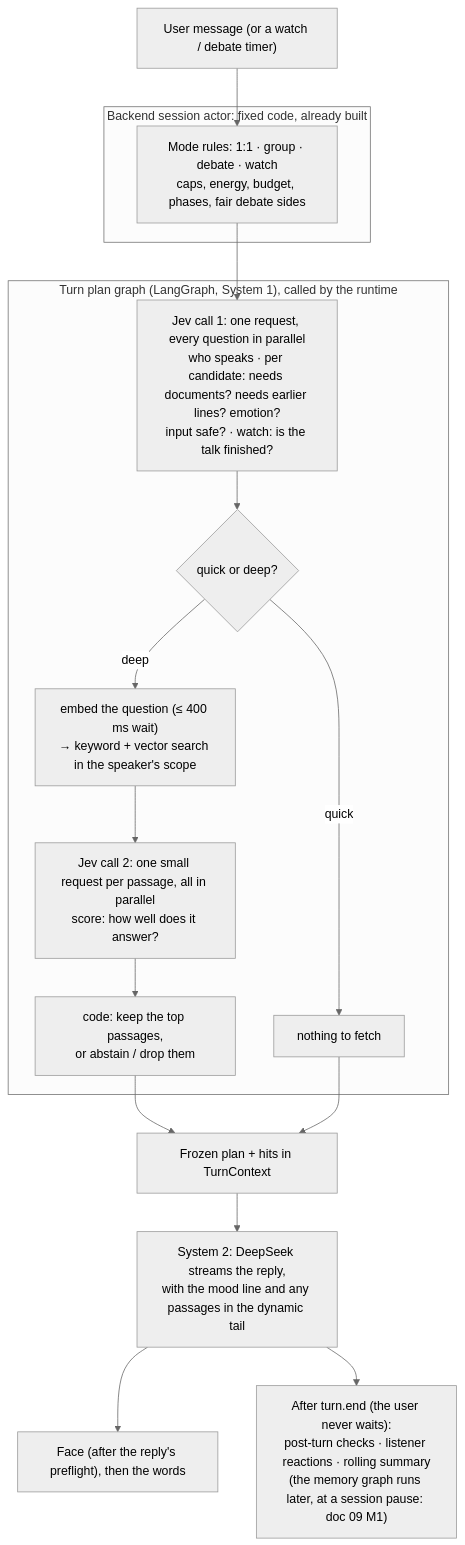
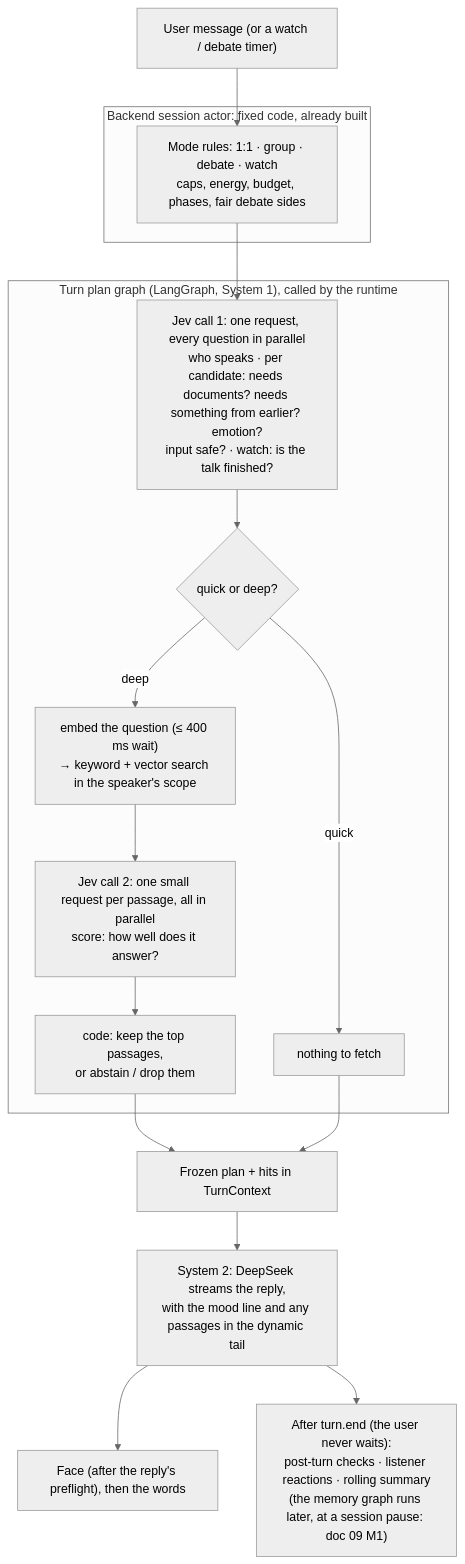
The diagram in docs/ai/01-agent-architecture.md (weihang369/Horizon), drawn with Mermaid (neutral theme) before and after one commit. The commit also changed other lines of this file and 6 other files, not shown here.

````diff
--- a/docs/ai/01-agent-architecture.md
+++ b/docs/ai/01-agent-architecture.md
@@ -89,21 +89,21 @@
 ```mermaid
 flowchart TD
     U["User message (or a watch / debate timer)"] --> A
     subgraph BACKEND["Backend session actor: fixed code, already built"]
         A["Mode rules: 1:1 · group · debate · watch<br/>caps, energy, budget, phases, fair debate sides"]
     end
     A --> P1
     subgraph PLAN["Turn plan graph (LangGraph, System 1), called by the runtime"]
-        P1["Jev call 1: one request, every question in parallel<br/>who speaks · per candidate: needs documents? needs earlier lines? emotion?<br/>input safe? · watch: is the talk finished?"]
+        P1["Jev call 1: one request, every question in parallel<br/>who speaks · per candidate: needs documents? needs something from earlier? emotion?<br/>input safe? · watch: is the talk finished?"]
         P1 --> G{"quick or deep?"}
         G -->|deep| E["embed the question (≤ 400 ms wait)<br/>→ keyword + vector search in the speaker's scope"]
         E --> J2["Jev call 2: one small request per passage, all in parallel<br/>score: how well does it answer?"]
         J2 --> C["code: keep the top passages,<br/>or abstain / drop them"]
         G -->|quick| F["nothing to fetch"]
     end
     C --> R
     F --> R
     R["Frozen plan + hits in TurnContext"] --> DS["System 2: DeepSeek streams the reply,<br/>with the mood line and any passages in the dynamic tail"]
     DS --> SHOW["Face (after the reply's preflight), then the words"]
     DS --> AFTER["After turn.end (the user never waits):<br/>post-turn checks · listener reactions · rolling summary<br/>(the memory graph runs later, at a session pause: doc 09 M1)"]
 ```
````
